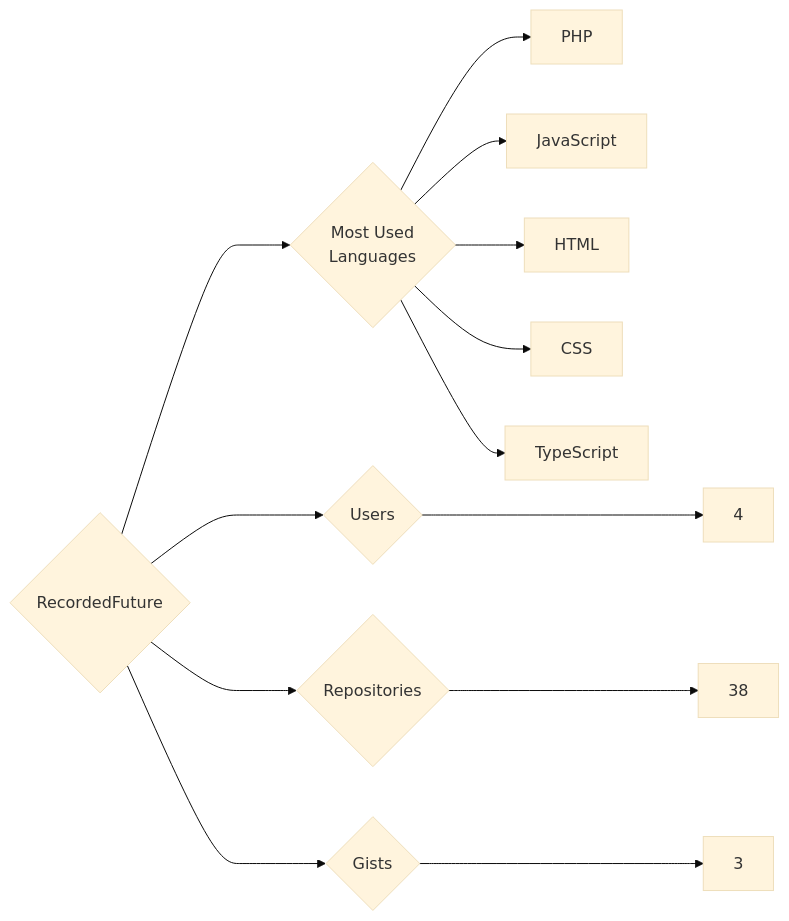
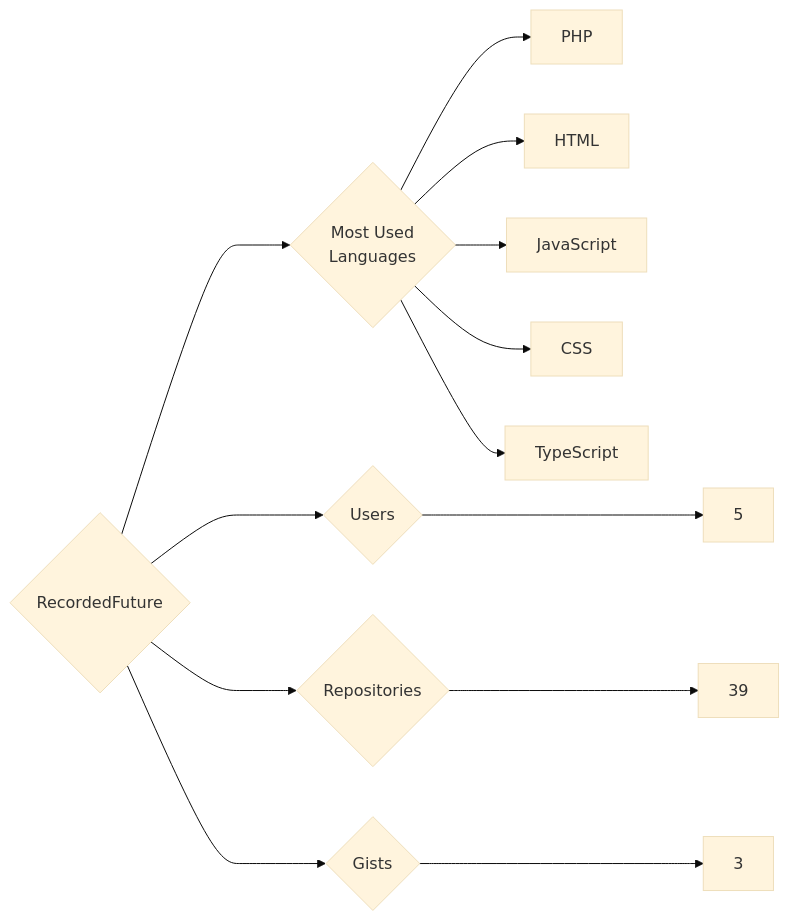
One commit to trickest/insiders changed the diagram in targets/RecordedFuture/README.md. Above: the diagram before and after it, drawn with Mermaid (base theme). The commit also changed 1496 other files, not shown here.

````diff
--- a/targets/RecordedFuture/README.md
+++ b/targets/RecordedFuture/README.md
@@ -3,13 +3,13 @@
 ```mermaid
 graph LR
 COMPANY_NAME{RecordedFuture}
-COMPANY_NAME ---> U{Users} ---> UN[4]
-COMPANY_NAME ---> R{Repositories} ---> RN[38]
+COMPANY_NAME ---> U{Users} ---> UN[5]
+COMPANY_NAME ---> R{Repositories} ---> RN[39]
 COMPANY_NAME ---> G{Gists} ---> GN[3]
 COMPANY_NAME ---> ML{Most Used<br>Languages}
 ML --> PHP[PHP]
+ML --> HTML[HTML]
 ML --> JavaScript[JavaScript]
-ML --> HTML[HTML]
 ML --> CSS[CSS]
 ML --> TypeScript[TypeScript]
 ```
````
